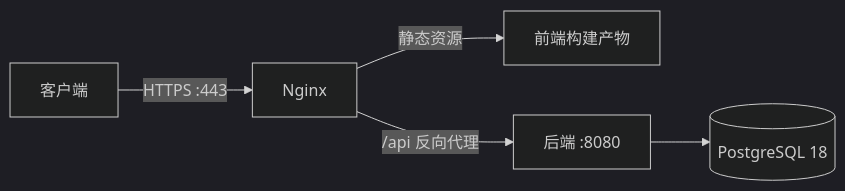
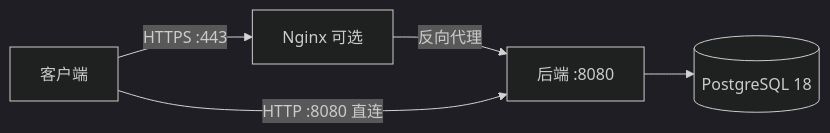
Before and after one commit to YunMeng-ink/PromptWebBench: the diagram in docs/部署手册.md, drawn with Mermaid (dark theme). The commit also changed other lines of this file and 13 other files, not shown here.

````diff
--- a/docs/部署手册.md
+++ b/docs/部署手册.md
@@ -7,7 +7,7 @@
 ```mermaid
 graph LR
-    C[客户端] -->|HTTPS :443| N[Nginx]
-    N -->|静态资源| F[前端构建产物]
-    N -->|/api 反向代理| B[后端 :8080]
+    C[客户端] -->|HTTPS :443| N[Nginx 可选]
+    N -->|反向代理| B[后端 :8080]
+    C -->|HTTP :8080 直连| B
     B --> P[(PostgreSQL 18)]
 ```
````
